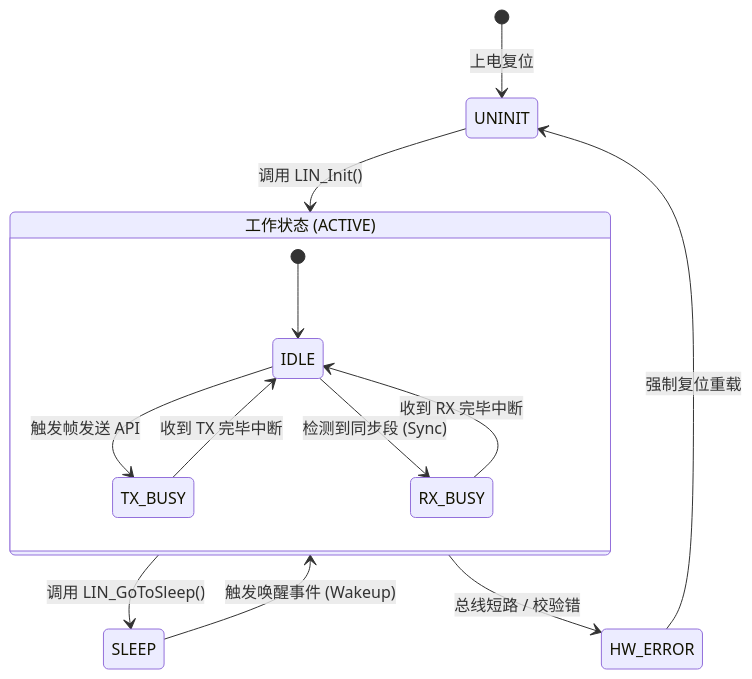
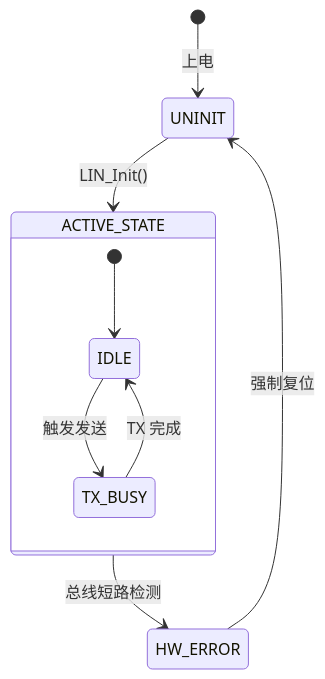
Before and after one commit to Mastang1/notes_md: the fourth of 4 diagrams in software_project/architecture_etc/architecture design-ASPICE.md, drawn with Mermaid. The commit also changed other lines of this file and 1 other file, not shown here.

````diff
--- a/software_project/architecture_etc/architecture design-ASPICE.md
+++ b/software_project/architecture_etc/architecture design-ASPICE.md
@@ -152,21 +168,14 @@
 ```mermaid
 stateDiagram-v2
-    [*] --> UNINIT : 上电复位
-
-    %% 修复点：外部必须跳转到父状态，由父状态的内部逻辑决定初始子状态
-    UNINIT --> ACTIVE : 调用 LIN_Init()
+    [*] --> UNINIT : 上电
+    UNINIT --> ACTIVE : LIN_Init()
     
-    state "工作状态 (ACTIVE)" as ACTIVE {
+    state "ACTIVE_STATE" as ACTIVE {
         [*] --> IDLE
-        IDLE --> TX_BUSY : 触发帧发送 API
-        TX_BUSY --> IDLE : 收到 TX 完毕中断
-        IDLE --> RX_BUSY : 检测到同步段 (Sync)
-        RX_BUSY --> IDLE : 收到 RX 完毕中断
+        IDLE --> TX_BUSY : 触发发送
+        TX_BUSY --> IDLE : TX 完成
     }
     
-    ACTIVE --> SLEEP : 调用 LIN_GoToSleep() 
-    SLEEP --> ACTIVE : 触发唤醒事件 (Wakeup)
-    
-    ACTIVE --> HW_ERROR : 总线短路 / 校验错
-    HW_ERROR --> UNINIT : 强制复位重载
+    ACTIVE --> HW_ERROR : 总线短路检测
+    HW_ERROR --> UNINIT : 强制复位
 ```
````
